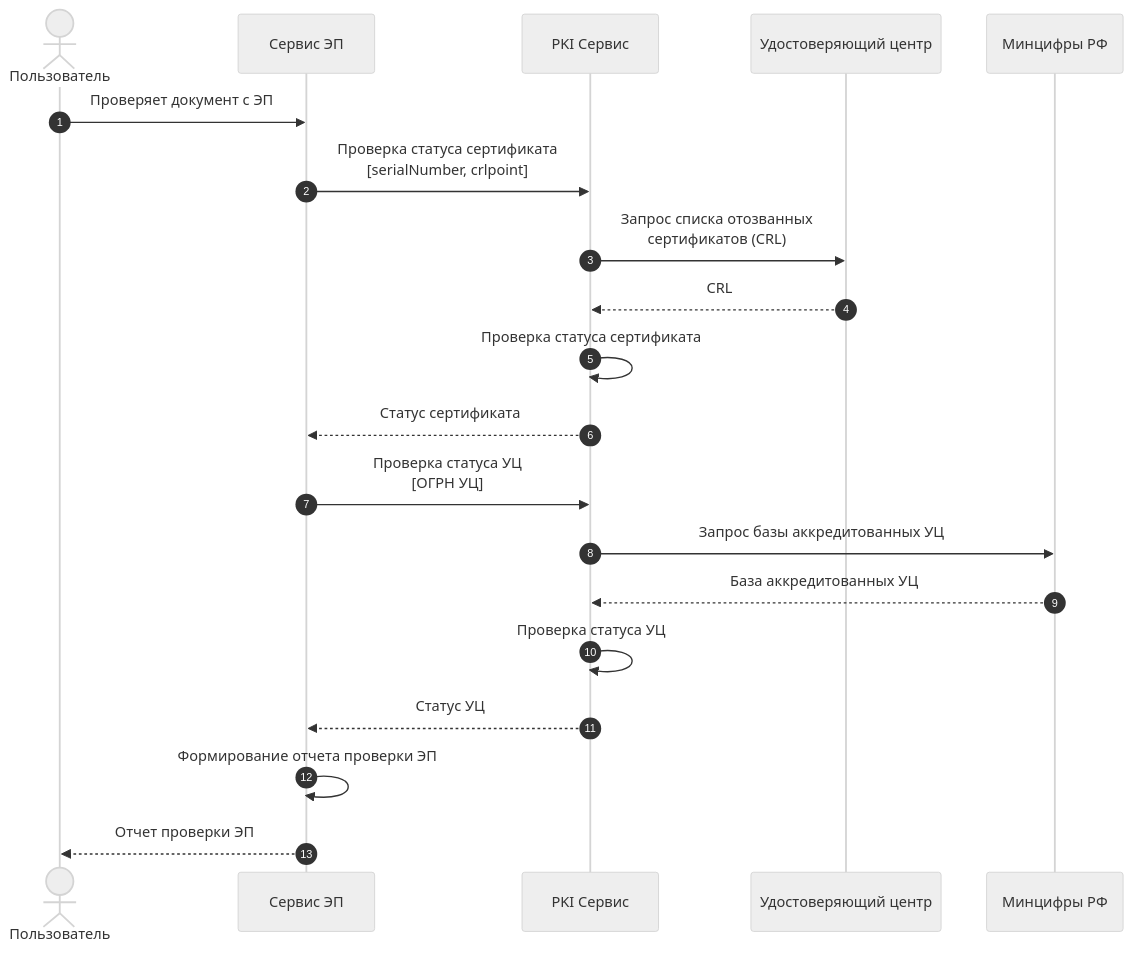
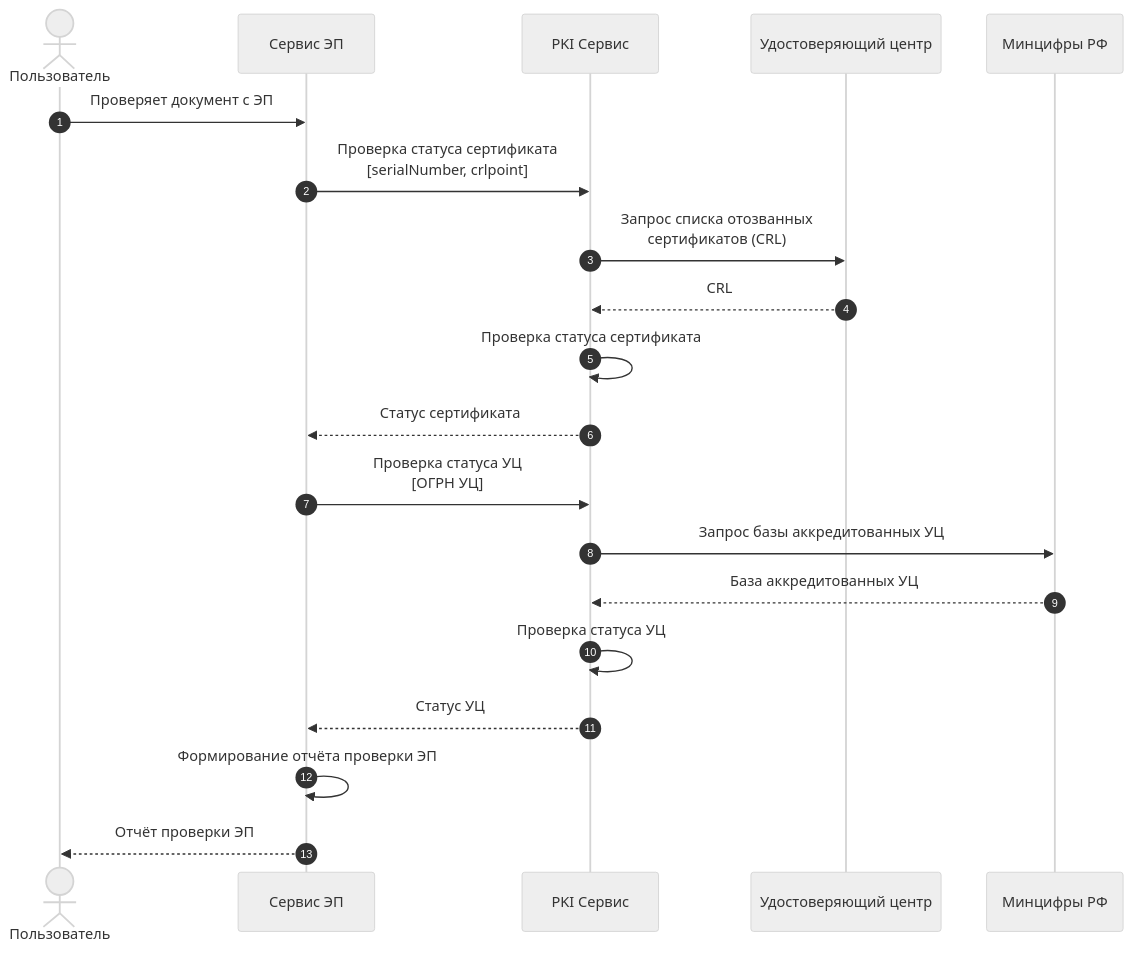
The diagram in pki/docs/index.md (developer-rulink/rulink-docs), drawn with Mermaid (neutral theme) before and after one commit. The commit also changed other lines of this file and 21 other files, not shown here.

````diff
--- a/pki/docs/index.md
+++ b/pki/docs/index.md
@@ -18,26 +20,26 @@
 ```mermaid
 sequenceDiagram
     autonumber
     actor User as Пользователь
-    participant Service as Сервис ЭП   
+    participant Service as Сервис ЭП
     participant PKI as PKI Сервис
     participant CA as Удостоверяющий центр
     participant GOV as Минцифры РФ
 
 
     User->>Service: Проверяет документ с ЭП
     Service->>PKI: Проверка статуса сертификата<br/>[serialNumber, crlpoint]
     PKI->>CA: Запрос списка отозванных<br/>сертификатов (CRL)
     CA-->>PKI: CRL
     PKI->>PKI: Проверка статуса сертификата
     PKI-->>Service: Статус сертификата
-    
+
     Service->>PKI: Проверка статуса УЦ<br/>[ОГРН УЦ]
     PKI->>GOV: Запрос базы аккредитованных УЦ
     GOV-->>PKI: База аккредитованных УЦ
     PKI->>PKI: Проверка статуса УЦ
     PKI-->>Service: Статус УЦ
-    
-    Service->>Service: Формирование отчета проверки ЭП
-    Service-->>User: Отчет проверки ЭП
+
+    Service->>Service: Формирование отчёта проверки ЭП
+    Service-->>User: Отчёт проверки ЭП
 ```
````
